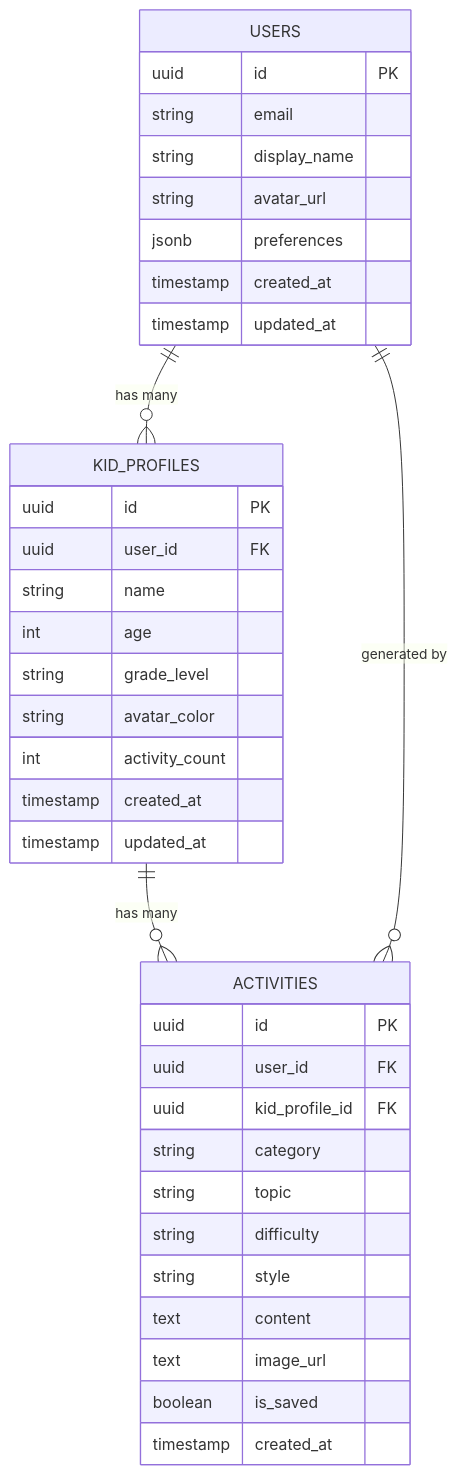
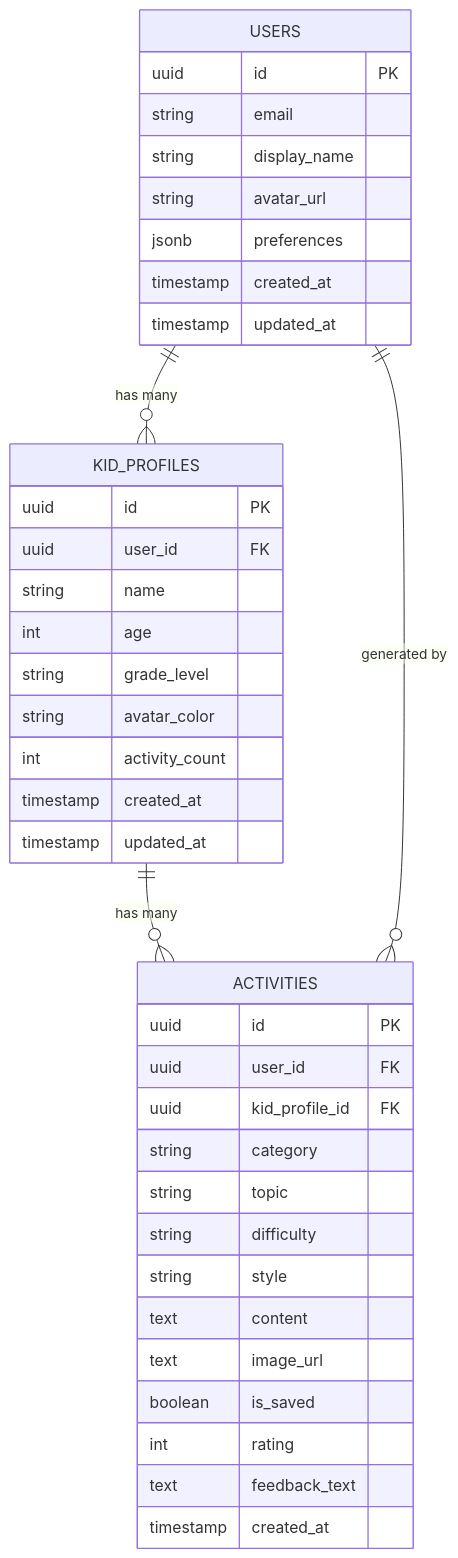
The diagram in docs/data_model.md (zaynkorai/kidivity), drawn with Mermaid before and after one commit. The commit also changed other lines of this file and 17 other files, not shown here.

````diff
--- a/docs/data_model.md
+++ b/docs/data_model.md
@@ -11,42 +11,44 @@
 ```mermaid
 erDiagram
     USERS ||--o{ KID_PROFILES : "has many"
     KID_PROFILES ||--o{ ACTIVITIES : "has many"
     USERS ||--o{ ACTIVITIES : "generated by"
     
     USERS {
         uuid id PK
         string email
         string display_name
         string avatar_url
         jsonb preferences
         timestamp created_at
         timestamp updated_at
     }
     
     KID_PROFILES {
         uuid id PK
         uuid user_id FK
         string name
         int age
         string grade_level
         string avatar_color
         int activity_count
         timestamp created_at
         timestamp updated_at
     }
     
     ACTIVITIES {
         uuid id PK
         uuid user_id FK
         uuid kid_profile_id FK
         string category
         string topic
         string difficulty
         string style
         text content
         text image_url
         boolean is_saved
+        int rating
+        text feedback_text
         timestamp created_at
     }
 ```
````
